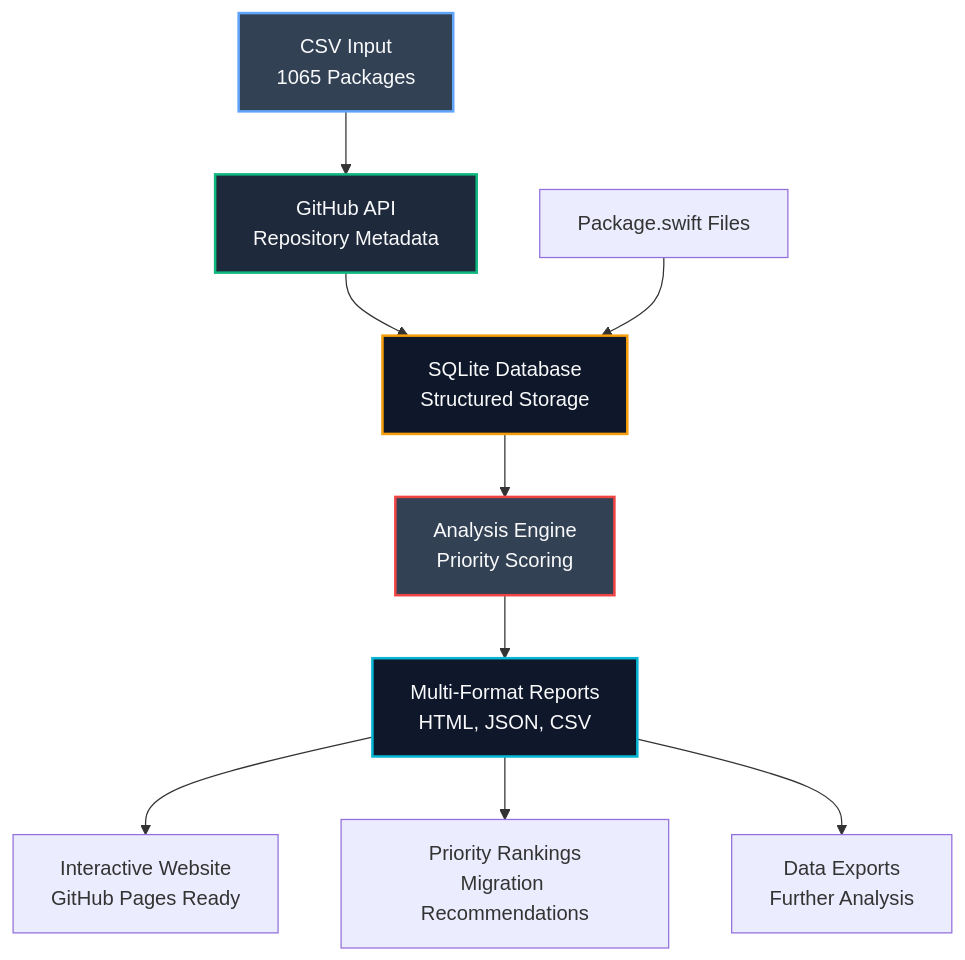
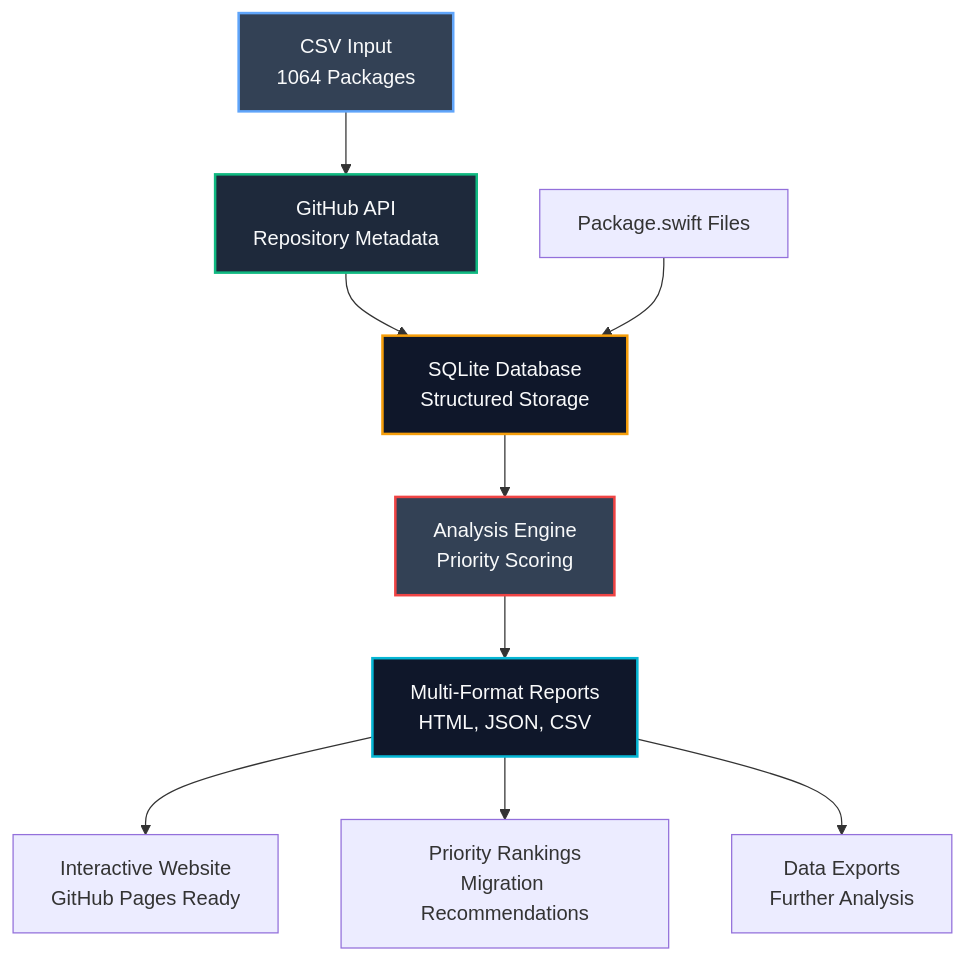
Before and after one commit to Jake-Prickett/spm-android-support-tracking: the diagram in README.md, drawn with Mermaid. The commit also changed other lines of this file, not shown here.

````diff
--- a/README.md
+++ b/README.md
@@ -27,19 +27,19 @@
 ```mermaid
 flowchart TD
-    A[CSV Input<br/>1065 Packages] --> B[GitHub API<br/>Repository Metadata]
+    A[CSV Input<br/>1064 Packages] --> B[GitHub API<br/>Repository Metadata]
     B --> C[SQLite Database<br/>Structured Storage]
     C --> D[Analysis Engine<br/>Priority Scoring]
     D --> F[Multi-Format Reports<br/>HTML, JSON, CSV]
     
     G[Package.swift Files] --> C
     
     F --> I[Interactive Website<br/>GitHub Pages Ready]
     F --> J[Priority Rankings<br/>Migration Recommendations]
     F --> K[Data Exports<br/>Further Analysis]
     
     style A fill:#334155,stroke:#60a5fa,stroke-width:2px,color:#f9fafb
     style B fill:#1e293b,stroke:#10b981,stroke-width:2px,color:#f9fafb
     style C fill:#0f172a,stroke:#f59e0b,stroke-width:2px,color:#f9fafb
     style D fill:#334155,stroke:#ef4444,stroke-width:2px,color:#f9fafb
     style F fill:#0f172a,stroke:#06b6d4,stroke-width:2px,color:#f9fafb
 ```
````
